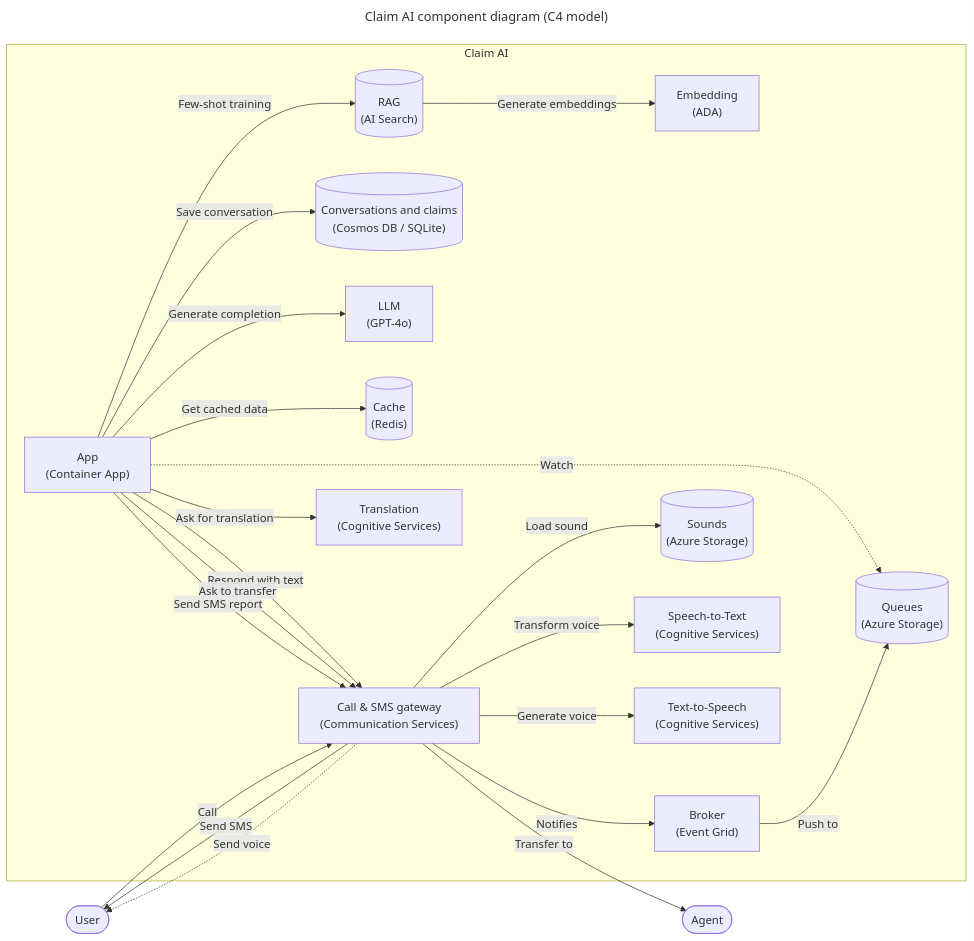
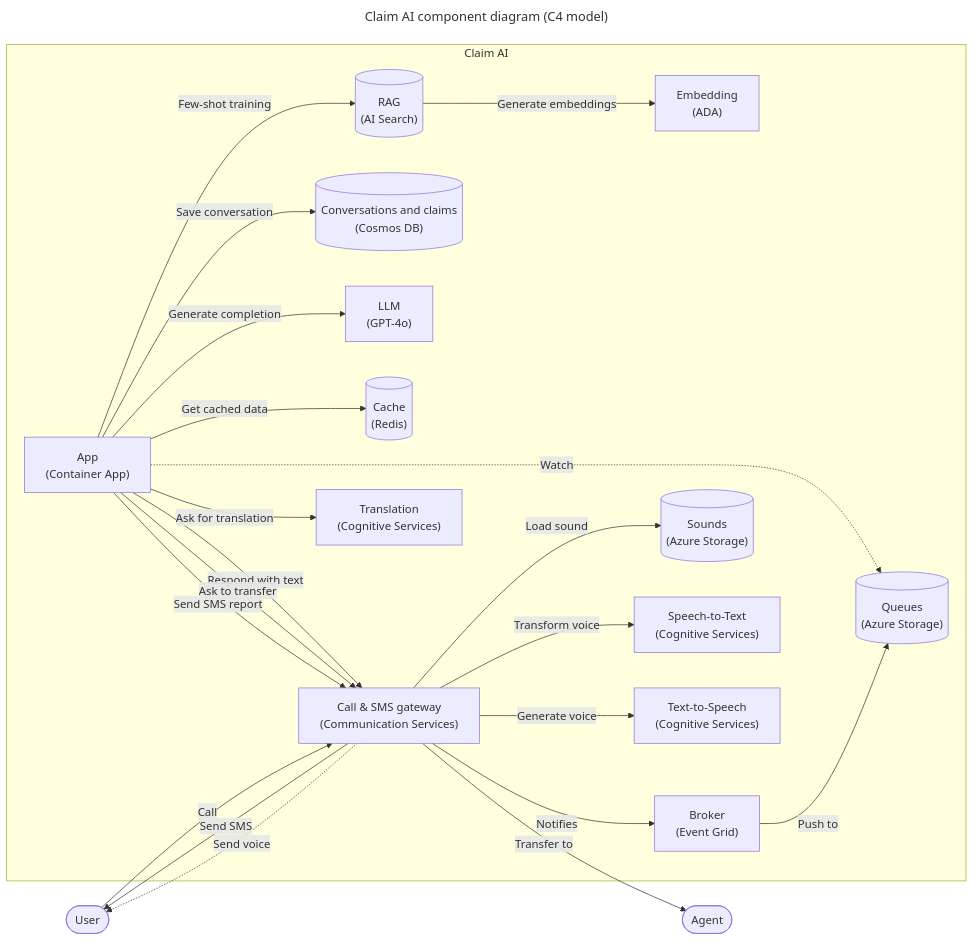
One commit to microsoft/call-center-ai changed the second of 3 diagrams in README.md. Above: the diagram before and after it, drawn with Mermaid. The commit also changed other lines of this file and 29 other files, not shown here.

````diff
--- a/README.md
+++ b/README.md
@@ -170,48 +170,48 @@
 ```mermaid
 ---
 title: Claim AI component diagram (C4 model)
 ---
 graph LR
   agent(["Agent"])
   user(["User"])
 
   subgraph "Claim AI"
     ada["Embedding<br>(ADA)"]
     app["App<br>(Container App)"]
     communication_services["Call & SMS gateway<br>(Communication Services)"]
-    db[("Conversations and claims<br>(Cosmos DB / SQLite)")]
+    db[("Conversations and claims<br>(Cosmos DB)")]
     eventgrid["Broker<br>(Event Grid)"]
     gpt["LLM<br>(GPT-4o)"]
     queues[("Queues<br>(Azure Storage)")]
     redis[("Cache<br>(Redis)")]
     search[("RAG<br>(AI Search)")]
     sounds[("Sounds<br>(Azure Storage)")]
     sst["Speech-to-Text<br>(Cognitive Services)"]
     translation["Translation<br>(Cognitive Services)"]
     tts["Text-to-Speech<br>(Cognitive Services)"]
   end
 
   app -- Respond with text --> communication_services
   app -- Ask for translation --> translation
   app -- Ask to transfer --> communication_services
   app -- Few-shot training --> search
   app -- Generate completion --> gpt
   app -- Get cached data --> redis
   app -- Save conversation --> db
   app -- Send SMS report --> communication_services
   app -. Watch .-> queues
 
   communication_services -- Generate voice --> tts
   communication_services -- Load sound --> sounds
   communication_services -- Notifies --> eventgrid
   communication_services -- Send SMS --> user
   communication_services -- Transfer to --> agent
   communication_services -- Transform voice --> sst
   communication_services -. Send voice .-> user
 
   eventgrid -- Push to --> queues
 
   search -- Generate embeddings --> ada
 
   user -- Call --> communication_services
 ```
````
